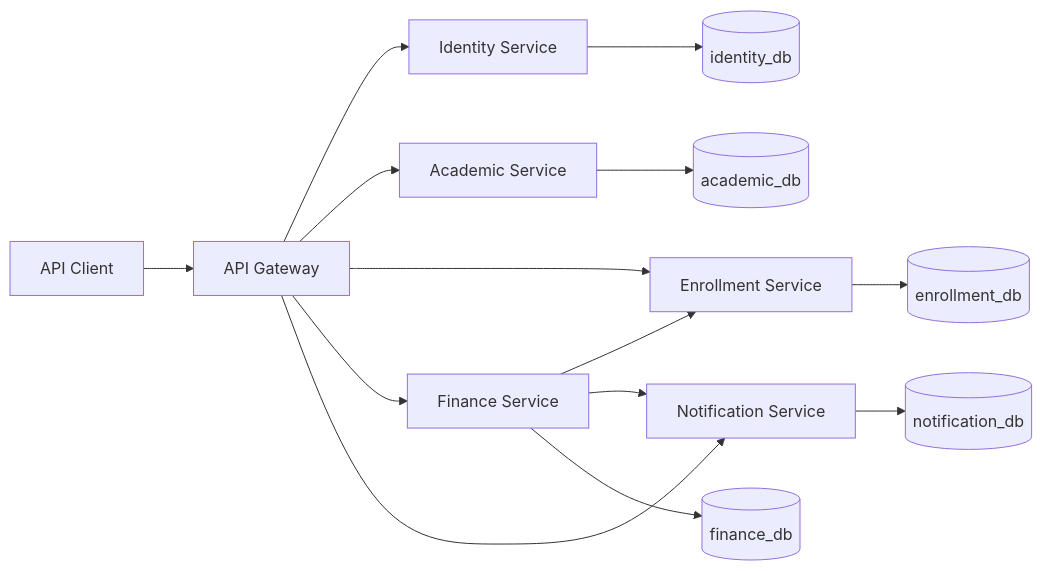
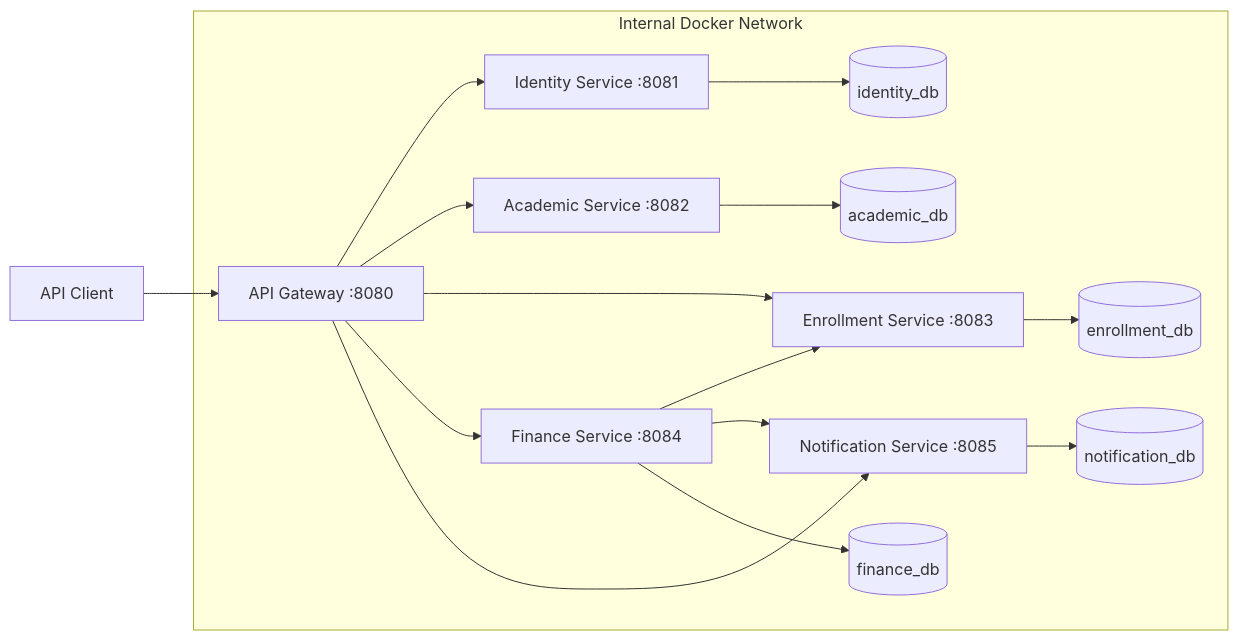
The diagram in README.md (mohameedhendy/centerflow-erp), drawn with Mermaid before and after one commit. The commit also changed other lines of this file and 4 other files, not shown here.

````diff
--- a/README.md
+++ b/README.md
@@ -30,19 +29,21 @@
 ```mermaid
 flowchart LR
-    Client[API Client] --> Gateway[API Gateway]
+    Client[API Client] --> Gateway[API Gateway :8080]
 
-    Gateway --> Identity[Identity Service]
-    Gateway --> Academic[Academic Service]
-    Gateway --> Enrollment[Enrollment Service]
-    Gateway --> Finance[Finance Service]
-    Gateway --> Notification[Notification Service]
+    subgraph Internal Docker Network
+        Gateway --> Identity[Identity Service :8081]
+        Gateway --> Academic[Academic Service :8082]
+        Gateway --> Enrollment[Enrollment Service :8083]
+        Gateway --> Finance[Finance Service :8084]
+        Gateway --> Notification[Notification Service :8085]
 
-    Finance --> Enrollment
-    Finance --> Notification
+        Finance --> Enrollment
+        Finance --> Notification
 
-    Identity --> IdentityDB[(identity_db)]
-    Academic --> AcademicDB[(academic_db)]
-    Enrollment --> EnrollmentDB[(enrollment_db)]
-    Finance --> FinanceDB[(finance_db)]
-    Notification --> NotificationDB[(notification_db)]
+        Identity --> IdentityDB[(identity_db)]
+        Academic --> AcademicDB[(academic_db)]
+        Enrollment --> EnrollmentDB[(enrollment_db)]
+        Finance --> FinanceDB[(finance_db)]
+        Notification --> NotificationDB[(notification_db)]
+    end
 ```
````
